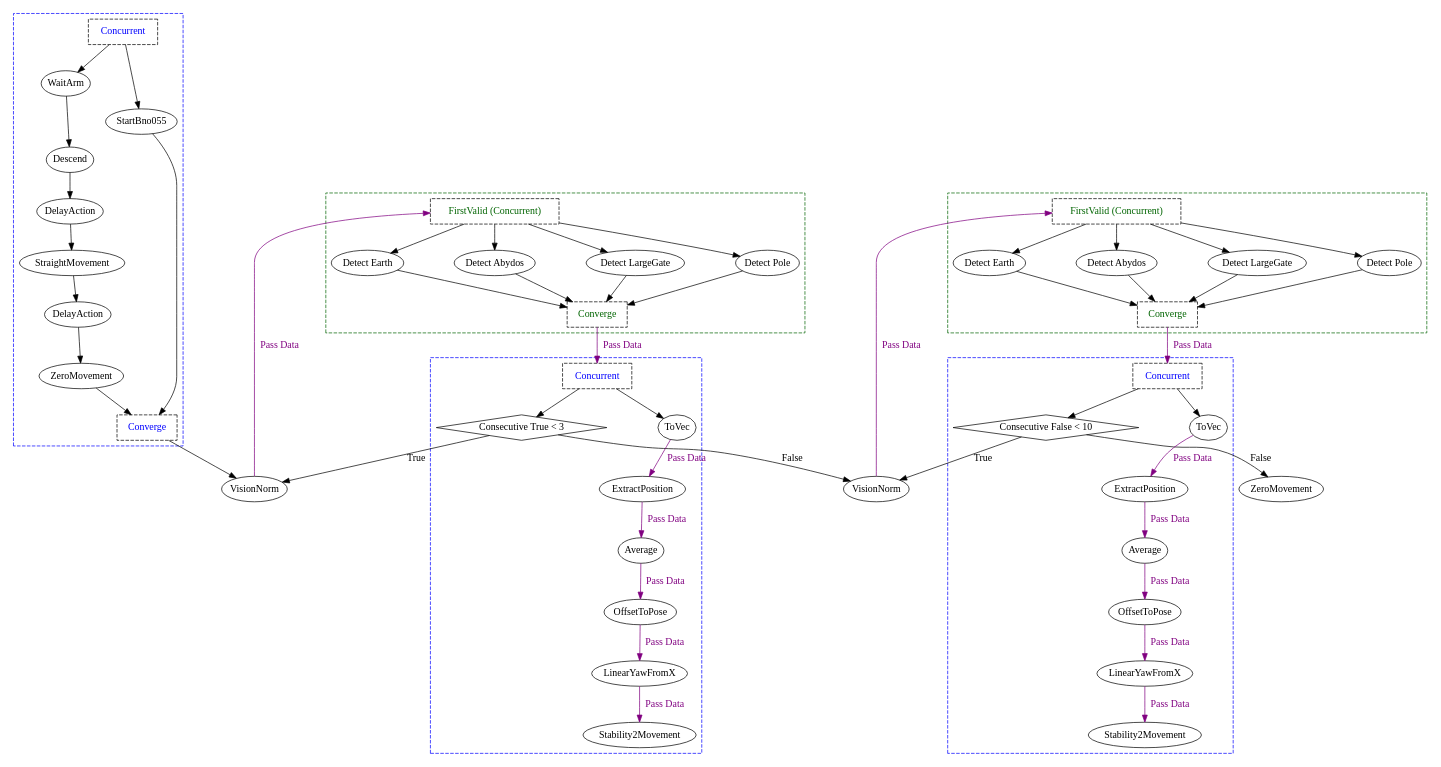
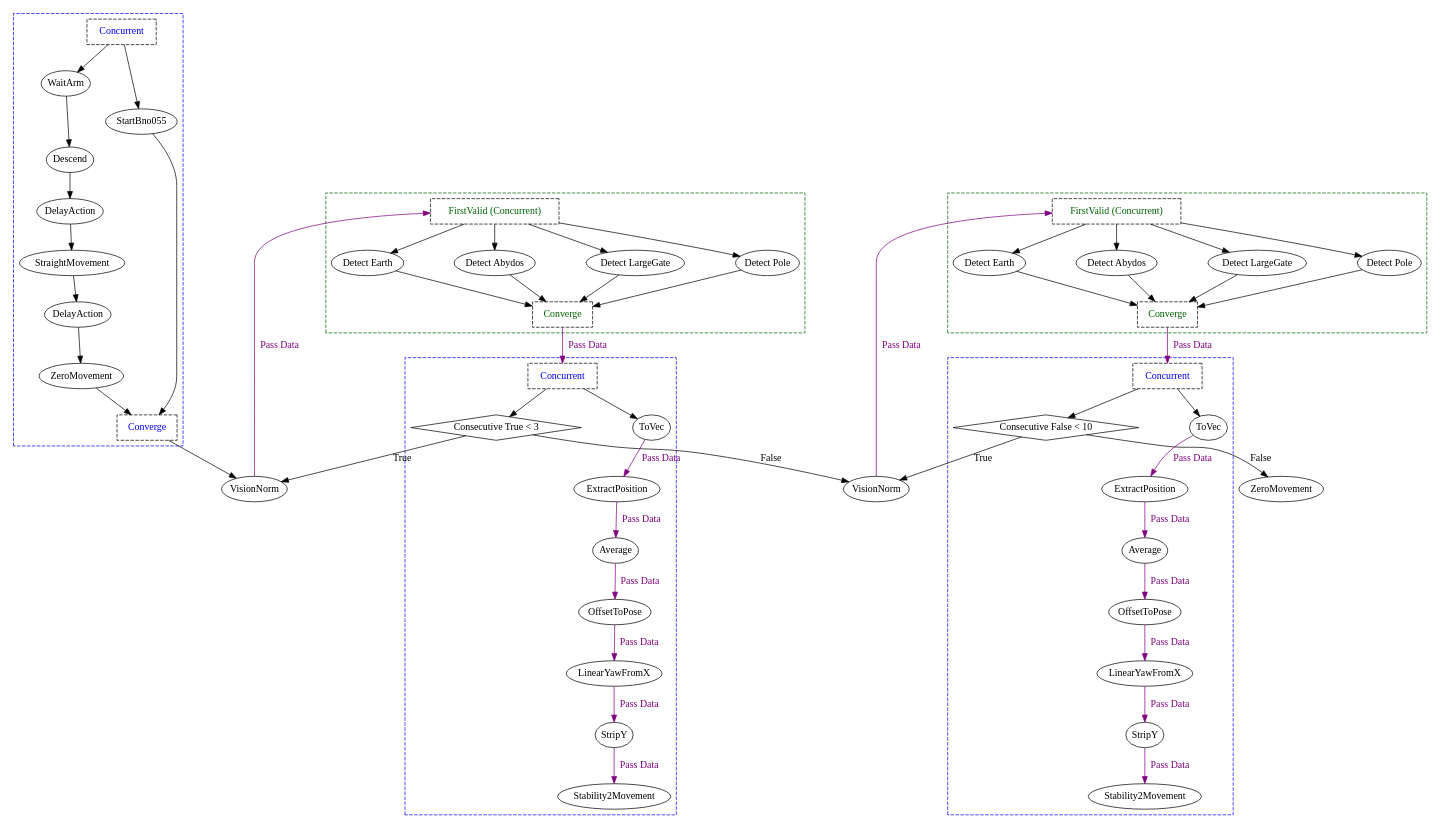
The diagram in graphs/main/gate/gate_run_complex.dot (ncsurobotics/SW8S-Rust), drawn with Graphviz before and after one commit. The commit also changed 19 other files, not shown here.

```diff
--- a/graphs/main/gate/gate_run_complex.dot
+++ b/graphs/main/gate/gate_run_complex.dot
@@ -2,119 +2,123 @@
 	splines = true;
 	nodesep = 1.0;
 	bgcolor = "none"
-	"684ba03c-8ef7-4e8e-83b0-73d8b8c70415" [shape = diamond];
-	"a000d17e-4da2-499e-9d87-2e3a41be34f2" [shape = diamond];
-	subgraph "cluster_2d2c9646-3164-41ad-87b5-8fb34aa550e5" {
+	"ca0ef4ca-ffad-4d22-9459-036e7a4f4ba1" [shape = diamond];
+	"dae20d17-e3ae-4129-8a9d-48c2a1138e10" [shape = diamond];
+	subgraph "cluster_efe1d95e-35ea-457d-b6f7-4a13363fac88" {
 		style = dashed;
 		color = blue;
-		"885538c4-156d-44b3-86a6-7e1f7c290307" -> "7c209b73-f89a-4f18-bb81-4c40d9198436" ;
-		"4d1a0ff7-066e-4fdb-b27a-a91d2a529114" -> "1f127588-6307-4bdc-b268-47b3fe2795dd" ;
-		"1f127588-6307-4bdc-b268-47b3fe2795dd" -> "21b52dde-c861-46fe-9a4d-80e260763a27" ;
-		"7c209b73-f89a-4f18-bb81-4c40d9198436" -> "4d1a0ff7-066e-4fdb-b27a-a91d2a529114" ;
-		"ee95ea08-2c7f-43e3-ae38-3400d5981ffd" -> "885538c4-156d-44b3-86a6-7e1f7c290307" ;
-		"966ebbe9-399b-4097-8cb9-5254842ff484" -> "ee95ea08-2c7f-43e3-ae38-3400d5981ffd";
-		"966ebbe9-399b-4097-8cb9-5254842ff484" -> "849e720d-f2b4-437f-9cea-523b7c945904";
-		"21b52dde-c861-46fe-9a4d-80e260763a27" -> "a84cf858-b4c2-4e89-a6c3-a0461ed3163d";
-		"849e720d-f2b4-437f-9cea-523b7c945904" -> "a84cf858-b4c2-4e89-a6c3-a0461ed3163d";
-		"966ebbe9-399b-4097-8cb9-5254842ff484" [label = "Concurrent", shape = box, fontcolor = blue, style = dashed];
-		"ee95ea08-2c7f-43e3-ae38-3400d5981ffd" [label = "WaitArm", margin = 0];
-		"885538c4-156d-44b3-86a6-7e1f7c290307" [label = "Descend", margin = 0];
-		"7c209b73-f89a-4f18-bb81-4c40d9198436" [label = "DelayAction", margin = 0];
-		"4d1a0ff7-066e-4fdb-b27a-a91d2a529114" [label = "StraightMovement", margin = 0];
-		"1f127588-6307-4bdc-b268-47b3fe2795dd" [label = "DelayAction", margin = 0];
-		"21b52dde-c861-46fe-9a4d-80e260763a27" [label = "ZeroMovement", margin = 0];
-		"849e720d-f2b4-437f-9cea-523b7c945904" [label = "StartBno055", margin = 0];
-		"a84cf858-b4c2-4e89-a6c3-a0461ed3163d" [label = "Converge", shape = box, fontcolor = blue, style = dashed];
+		"aecb0053-e487-46c6-9f93-84eb5db376fc" -> "e05ebf3b-75fd-4710-a1b3-db80e1a89315" ;
+		"4f18f2b3-6355-42da-9f74-de41b311d35b" -> "d35d14de-63e2-436a-81a3-55747ba6297c" ;
+		"d35d14de-63e2-436a-81a3-55747ba6297c" -> "0ec3b5c0-a513-4db5-a1b3-04cdccb6683b" ;
+		"e05ebf3b-75fd-4710-a1b3-db80e1a89315" -> "4f18f2b3-6355-42da-9f74-de41b311d35b" ;
+		"4ed1a7bd-cb7a-40ee-9214-67c996e19ed9" -> "aecb0053-e487-46c6-9f93-84eb5db376fc" ;
+		"2c6dd7c3-19c1-4741-ac1f-ca7a115fc3e3" -> "4ed1a7bd-cb7a-40ee-9214-67c996e19ed9";
+		"2c6dd7c3-19c1-4741-ac1f-ca7a115fc3e3" -> "2b006df1-0a33-4278-98bf-a4f1ea6f1391";
+		"0ec3b5c0-a513-4db5-a1b3-04cdccb6683b" -> "751d27a1-a2d8-40fa-814a-05280461fc1b";
+		"2b006df1-0a33-4278-98bf-a4f1ea6f1391" -> "751d27a1-a2d8-40fa-814a-05280461fc1b";
+		"2c6dd7c3-19c1-4741-ac1f-ca7a115fc3e3" [label = "Concurrent", shape = box, fontcolor = blue, style = dashed];
+		"4ed1a7bd-cb7a-40ee-9214-67c996e19ed9" [label = "WaitArm", margin = 0];
+		"aecb0053-e487-46c6-9f93-84eb5db376fc" [label = "Descend", margin = 0];
+		"e05ebf3b-75fd-4710-a1b3-db80e1a89315" [label = "DelayAction", margin = 0];
+		"4f18f2b3-6355-42da-9f74-de41b311d35b" [label = "StraightMovement", margin = 0];
+		"d35d14de-63e2-436a-81a3-55747ba6297c" [label = "DelayAction", margin = 0];
+		"0ec3b5c0-a513-4db5-a1b3-04cdccb6683b" [label = "ZeroMovement", margin = 0];
+		"2b006df1-0a33-4278-98bf-a4f1ea6f1391" [label = "StartBno055", margin = 0];
+		"751d27a1-a2d8-40fa-814a-05280461fc1b" [label = "Converge", shape = box, fontcolor = blue, style = dashed];
 	}
 	
-	subgraph "cluster_300d3864-5ec9-48cb-b840-1a2606ebe458" {
+	subgraph "cluster_6632b440-ffc0-4a80-b286-9645256214a1" {
 		style = dashed;
 		color = darkgreen;
-		"248cd879-d8c8-4db2-9f9e-a23d29e58e7f" -> "736a7f52-2498-44cf-a91f-bcc5b7d6a262";
-		"248cd879-d8c8-4db2-9f9e-a23d29e58e7f" -> "fe94721e-df86-42d9-ad1c-45895ab8db72";
-		"248cd879-d8c8-4db2-9f9e-a23d29e58e7f" -> "38ebe773-4a87-43be-a471-6cb0e59107ca";
-		"248cd879-d8c8-4db2-9f9e-a23d29e58e7f" -> "107939c1-f3d5-446a-9f15-090cf19b3f6e";
-		"736a7f52-2498-44cf-a91f-bcc5b7d6a262" -> "7657a35e-35bd-432a-9c39-fd5da13594c1";
-		"fe94721e-df86-42d9-ad1c-45895ab8db72" -> "7657a35e-35bd-432a-9c39-fd5da13594c1";
-		"38ebe773-4a87-43be-a471-6cb0e59107ca" -> "7657a35e-35bd-432a-9c39-fd5da13594c1";
-		"107939c1-f3d5-446a-9f15-090cf19b3f6e" -> "7657a35e-35bd-432a-9c39-fd5da13594c1";
-		"248cd879-d8c8-4db2-9f9e-a23d29e58e7f" [label = "FirstValid (Concurrent)", shape = box, fontcolor = darkgreen, style = dashed];
-		"736a7f52-2498-44cf-a91f-bcc5b7d6a262" [label = "Detect Earth", margin = 0];
-		"fe94721e-df86-42d9-ad1c-45895ab8db72" [label = "Detect Abydos", margin = 0];
-		"38ebe773-4a87-43be-a471-6cb0e59107ca" [label = "Detect LargeGate", margin = 0];
-		"107939c1-f3d5-446a-9f15-090cf19b3f6e" [label = "Detect Pole", margin = 0];
-		"7657a35e-35bd-432a-9c39-fd5da13594c1" [label = "Converge", shape = box, fontcolor = darkgreen, style = dashed];
+		"eae8514f-398d-470c-9aae-f2323e6d4dae" -> "56372bf3-4f45-437d-9907-5dca33543b08";
+		"eae8514f-398d-470c-9aae-f2323e6d4dae" -> "ba4e51ae-5fe8-404b-92cb-2c190c20cd22";
+		"eae8514f-398d-470c-9aae-f2323e6d4dae" -> "6b6dd745-a67c-4a9d-aa5e-1fb6c497c676";
+		"eae8514f-398d-470c-9aae-f2323e6d4dae" -> "266c2da7-a024-4b7c-b76c-6bf7119f6ae1";
+		"56372bf3-4f45-437d-9907-5dca33543b08" -> "c20fefd0-d4b5-45ff-8e8e-ad2ab258e374";
+		"ba4e51ae-5fe8-404b-92cb-2c190c20cd22" -> "c20fefd0-d4b5-45ff-8e8e-ad2ab258e374";
+		"6b6dd745-a67c-4a9d-aa5e-1fb6c497c676" -> "c20fefd0-d4b5-45ff-8e8e-ad2ab258e374";
+		"266c2da7-a024-4b7c-b76c-6bf7119f6ae1" -> "c20fefd0-d4b5-45ff-8e8e-ad2ab258e374";
+		"eae8514f-398d-470c-9aae-f2323e6d4dae" [label = "FirstValid (Concurrent)", shape = box, fontcolor = darkgreen, style = dashed];
+		"56372bf3-4f45-437d-9907-5dca33543b08" [label = "Detect Earth", margin = 0];
+		"ba4e51ae-5fe8-404b-92cb-2c190c20cd22" [label = "Detect Abydos", margin = 0];
+		"6b6dd745-a67c-4a9d-aa5e-1fb6c497c676" [label = "Detect LargeGate", margin = 0];
+		"266c2da7-a024-4b7c-b76c-6bf7119f6ae1" [label = "Detect Pole", margin = 0];
+		"c20fefd0-d4b5-45ff-8e8e-ad2ab258e374" [label = "Converge", shape = box, fontcolor = darkgreen, style = dashed];
 	}
 	
-	subgraph "cluster_4ccb560d-66af-45f8-b767-042d1f05bbf9" {
+	subgraph "cluster_f0ee6ff4-c0a6-4bd0-9251-ce01e23a284e" {
 		style = dashed;
 		color = blue;
-		"890c76d0-3fce-4d80-8a24-56d043f45143" -> "53a13e88-6dc4-4aa3-bbf7-1e1bb0febbce" [color = purple, fontcolor = purple, label = "Pass Data"];
-		"fe5e4458-b8d2-4534-a962-41faeb8dc8a6" -> "890c76d0-3fce-4d80-8a24-56d043f45143" [color = purple, fontcolor = purple, label = "Pass Data"];
-		"020ea0e8-8cb5-4a55-a6cc-f80a123af883" -> "fe5e4458-b8d2-4534-a962-41faeb8dc8a6" [color = purple, fontcolor = purple, label = "Pass Data"];
-		"2d76c913-f818-4c5d-9ca6-571605a75944" -> "020ea0e8-8cb5-4a55-a6cc-f80a123af883" [color = purple, fontcolor = purple, label = "Pass Data"];
-		"12b3e544-e6a8-4b1b-8da5-9746344948e4" -> "2d76c913-f818-4c5d-9ca6-571605a75944" [color = purple, fontcolor = purple, label = "Pass Data"];
-		"48b5302c-32a4-45ac-9c1e-9c0f14a4c4f8" -> "12b3e544-e6a8-4b1b-8da5-9746344948e4";
-		"48b5302c-32a4-45ac-9c1e-9c0f14a4c4f8" -> "684ba03c-8ef7-4e8e-83b0-73d8b8c70415";
-		"48b5302c-32a4-45ac-9c1e-9c0f14a4c4f8" [label = "Concurrent", shape = box, fontcolor = blue, style = dashed];
-		"12b3e544-e6a8-4b1b-8da5-9746344948e4" [label = "ToVec", margin = 0];
-		"2d76c913-f818-4c5d-9ca6-571605a75944" [label = "ExtractPosition", margin = 0];
-		"020ea0e8-8cb5-4a55-a6cc-f80a123af883" [label = "Average", margin = 0];
-		"fe5e4458-b8d2-4534-a962-41faeb8dc8a6" [label = "OffsetToPose", margin = 0];
-		"890c76d0-3fce-4d80-8a24-56d043f45143" [label = "LinearYawFromX", margin = 0];
-		"53a13e88-6dc4-4aa3-bbf7-1e1bb0febbce" [label = "Stability2Movement", margin = 0];
-		"684ba03c-8ef7-4e8e-83b0-73d8b8c70415" [label = "Consecutive True < 3", margin = 0];
+		"1758f614-d34e-4a9c-af06-da4176de37e4" -> "dc0f23b3-4c9d-4d38-9d5e-5dee453850d5" [color = purple, fontcolor = purple, label = "Pass Data"];
+		"239d1df5-d8b2-4251-a62f-33090fb1193c" -> "1758f614-d34e-4a9c-af06-da4176de37e4" [color = purple, fontcolor = purple, label = "Pass Data"];
+		"5fc3c3dd-ad70-4189-8f72-92bb86a2d28c" -> "239d1df5-d8b2-4251-a62f-33090fb1193c" [color = purple, fontcolor = purple, label = "Pass Data"];
+		"b8f142c2-3f50-4937-a7ce-56f76b25a259" -> "5fc3c3dd-ad70-4189-8f72-92bb86a2d28c" [color = purple, fontcolor = purple, label = "Pass Data"];
+		"66ce5d37-fb58-4376-834d-f55b3bf3b95e" -> "b8f142c2-3f50-4937-a7ce-56f76b25a259" [color = purple, fontcolor = purple, label = "Pass Data"];
+		"026c44f3-dd79-4a20-83b8-dacb88ea1838" -> "66ce5d37-fb58-4376-834d-f55b3bf3b95e" [color = purple, fontcolor = purple, label = "Pass Data"];
+		"96543253-e4de-4a81-abe5-854602a200f1" -> "026c44f3-dd79-4a20-83b8-dacb88ea1838";
+		"96543253-e4de-4a81-abe5-854602a200f1" -> "ca0ef4ca-ffad-4d22-9459-036e7a4f4ba1";
+		"96543253-e4de-4a81-abe5-854602a200f1" [label = "Concurrent", shape = box, fontcolor = blue, style = dashed];
+		"026c44f3-dd79-4a20-83b8-dacb88ea1838" [label = "ToVec", margin = 0];
+		"66ce5d37-fb58-4376-834d-f55b3bf3b95e" [label = "ExtractPosition", margin = 0];
+		"b8f142c2-3f50-4937-a7ce-56f76b25a259" [label = "Average", margin = 0];
+		"5fc3c3dd-ad70-4189-8f72-92bb86a2d28c" [label = "OffsetToPose", margin = 0];
+		"239d1df5-d8b2-4251-a62f-33090fb1193c" [label = "LinearYawFromX", margin = 0];
+		"1758f614-d34e-4a9c-af06-da4176de37e4" [label = "StripY", margin = 0];
+		"dc0f23b3-4c9d-4d38-9d5e-5dee453850d5" [label = "Stability2Movement", margin = 0];
+		"ca0ef4ca-ffad-4d22-9459-036e7a4f4ba1" [label = "Consecutive True < 3", margin = 0];
 	}
 	
-	subgraph "cluster_525bbfc4-a19b-4235-ae57-dfb56f10062e" {
+	subgraph "cluster_25e29d91-837e-457e-b238-a6ae3e4bde50" {
 		style = dashed;
 		color = darkgreen;
-		"e5432070-c132-4dbc-a757-a406409024ba" -> "df4ba7cb-780b-4a75-9872-9dff6cf71c01";
-		"e5432070-c132-4dbc-a757-a406409024ba" -> "1daced12-d2f0-4131-a9d6-455a4a3a6fb8";
-		"e5432070-c132-4dbc-a757-a406409024ba" -> "3c19519d-fdc4-4fec-a3fd-5e80a274a26c";
-		"e5432070-c132-4dbc-a757-a406409024ba" -> "4c4de44f-5007-4617-982d-891bc6a06136";
-		"df4ba7cb-780b-4a75-9872-9dff6cf71c01" -> "62eb9b53-1d62-4ece-9b23-cdf79b25ff95";
-		"1daced12-d2f0-4131-a9d6-455a4a3a6fb8" -> "62eb9b53-1d62-4ece-9b23-cdf79b25ff95";
-		"3c19519d-fdc4-4fec-a3fd-5e80a274a26c" -> "62eb9b53-1d62-4ece-9b23-cdf79b25ff95";
-		"4c4de44f-5007-4617-982d-891bc6a06136" -> "62eb9b53-1d62-4ece-9b23-cdf79b25ff95";
-		"e5432070-c132-4dbc-a757-a406409024ba" [label = "FirstValid (Concurrent)", shape = box, fontcolor = darkgreen, style = dashed];
-		"df4ba7cb-780b-4a75-9872-9dff6cf71c01" [label = "Detect Earth", margin = 0];
-		"1daced12-d2f0-4131-a9d6-455a4a3a6fb8" [label = "Detect Abydos", margin = 0];
-		"3c19519d-fdc4-4fec-a3fd-5e80a274a26c" [label = "Detect LargeGate", margin = 0];
-		"4c4de44f-5007-4617-982d-891bc6a06136" [label = "Detect Pole", margin = 0];
-		"62eb9b53-1d62-4ece-9b23-cdf79b25ff95" [label = "Converge", shape = box, fontcolor = darkgreen, style = dashed];
+		"90d1098c-2726-4538-b135-a82666bb2d29" -> "9e951e6f-0870-4919-a1f1-b68c9aa9097a";
+		"90d1098c-2726-4538-b135-a82666bb2d29" -> "b35a5133-0aa2-405c-966f-8a53df51e265";
+		"90d1098c-2726-4538-b135-a82666bb2d29" -> "385c95ec-52c2-442a-b513-eb868b6f4695";
+		"90d1098c-2726-4538-b135-a82666bb2d29" -> "91f8d30e-bfb8-49d9-96ec-504797ca59a7";
+		"9e951e6f-0870-4919-a1f1-b68c9aa9097a" -> "98947399-ea86-4ac5-b016-bd9f2bf8bb44";
+		"b35a5133-0aa2-405c-966f-8a53df51e265" -> "98947399-ea86-4ac5-b016-bd9f2bf8bb44";
+		"385c95ec-52c2-442a-b513-eb868b6f4695" -> "98947399-ea86-4ac5-b016-bd9f2bf8bb44";
+		"91f8d30e-bfb8-49d9-96ec-504797ca59a7" -> "98947399-ea86-4ac5-b016-bd9f2bf8bb44";
+		"90d1098c-2726-4538-b135-a82666bb2d29" [label = "FirstValid (Concurrent)", shape = box, fontcolor = darkgreen, style = dashed];
+		"9e951e6f-0870-4919-a1f1-b68c9aa9097a" [label = "Detect Earth", margin = 0];
+		"b35a5133-0aa2-405c-966f-8a53df51e265" [label = "Detect Abydos", margin = 0];
+		"385c95ec-52c2-442a-b513-eb868b6f4695" [label = "Detect LargeGate", margin = 0];
+		"91f8d30e-bfb8-49d9-96ec-504797ca59a7" [label = "Detect Pole", margin = 0];
+		"98947399-ea86-4ac5-b016-bd9f2bf8bb44" [label = "Converge", shape = box, fontcolor = darkgreen, style = dashed];
 	}
 	
-	subgraph "cluster_aac6683f-f993-4927-b108-15d5b6f8b29b" {
+	subgraph "cluster_e8b633c6-b554-4516-baf7-0220dc064eb9" {
 		style = dashed;
 		color = blue;
-		"6e58e145-5d48-440a-9cc8-dc034c12baf3" -> "f65ea95c-cb1c-4e1e-991f-f882e003c71d" [color = purple, fontcolor = purple, label = "Pass Data"];
-		"87a2a647-01d2-4ca3-adde-15ee88198ee8" -> "6e58e145-5d48-440a-9cc8-dc034c12baf3" [color = purple, fontcolor = purple, label = "Pass Data"];
-		"99f1fe37-ba87-4cd4-8aa9-3f3cbd8dbdf3" -> "87a2a647-01d2-4ca3-adde-15ee88198ee8" [color = purple, fontcolor = purple, label = "Pass Data"];
-		"bc10924d-e5f2-47dd-869a-cc37adb948f1" -> "99f1fe37-ba87-4cd4-8aa9-3f3cbd8dbdf3" [color = purple, fontcolor = purple, label = "Pass Data"];
-		"17070345-8d21-4808-8130-cdc67f066e7c" -> "bc10924d-e5f2-47dd-869a-cc37adb948f1" [color = purple, fontcolor = purple, label = "Pass Data"];
-		"d94e8c8f-71ca-470d-8c46-6508abe249bd" -> "17070345-8d21-4808-8130-cdc67f066e7c";
-		"d94e8c8f-71ca-470d-8c46-6508abe249bd" -> "a000d17e-4da2-499e-9d87-2e3a41be34f2";
-		"d94e8c8f-71ca-470d-8c46-6508abe249bd" [label = "Concurrent", shape = box, fontcolor = blue, style = dashed];
-		"17070345-8d21-4808-8130-cdc67f066e7c" [label = "ToVec", margin = 0];
-		"bc10924d-e5f2-47dd-869a-cc37adb948f1" [label = "ExtractPosition", margin = 0];
-		"99f1fe37-ba87-4cd4-8aa9-3f3cbd8dbdf3" [label = "Average", margin = 0];
-		"87a2a647-01d2-4ca3-adde-15ee88198ee8" [label = "OffsetToPose", margin = 0];
-		"6e58e145-5d48-440a-9cc8-dc034c12baf3" [label = "LinearYawFromX", margin = 0];
-		"f65ea95c-cb1c-4e1e-991f-f882e003c71d" [label = "Stability2Movement", margin = 0];
-		"a000d17e-4da2-499e-9d87-2e3a41be34f2" [label = "Consecutive False < 10", margin = 0];
+		"20f04792-1a7d-45ea-b710-70fbd3cd483d" -> "acb24166-47b7-46ff-80c7-ee5af571a4b7" [color = purple, fontcolor = purple, label = "Pass Data"];
+		"77cf2dd9-89cd-435e-a52d-977fffc1c41a" -> "20f04792-1a7d-45ea-b710-70fbd3cd483d" [color = purple, fontcolor = purple, label = "Pass Data"];
+		"76f29517-4a9f-4fba-8d52-ca378c886242" -> "77cf2dd9-89cd-435e-a52d-977fffc1c41a" [color = purple, fontcolor = purple, label = "Pass Data"];
+		"a135af2e-7b0b-491f-8b2b-38b91e379de4" -> "76f29517-4a9f-4fba-8d52-ca378c886242" [color = purple, fontcolor = purple, label = "Pass Data"];
+		"6dd5e3ef-5fbb-4250-a36d-afc28ff5af8b" -> "a135af2e-7b0b-491f-8b2b-38b91e379de4" [color = purple, fontcolor = purple, label = "Pass Data"];
+		"d255a75a-8a69-40a1-96ad-7887888eb9ac" -> "6dd5e3ef-5fbb-4250-a36d-afc28ff5af8b" [color = purple, fontcolor = purple, label = "Pass Data"];
+		"37d31263-961f-4f33-8f62-3d944e3ba38c" -> "d255a75a-8a69-40a1-96ad-7887888eb9ac";
+		"37d31263-961f-4f33-8f62-3d944e3ba38c" -> "dae20d17-e3ae-4129-8a9d-48c2a1138e10";
+		"37d31263-961f-4f33-8f62-3d944e3ba38c" [label = "Concurrent", shape = box, fontcolor = blue, style = dashed];
+		"d255a75a-8a69-40a1-96ad-7887888eb9ac" [label = "ToVec", margin = 0];
+		"6dd5e3ef-5fbb-4250-a36d-afc28ff5af8b" [label = "ExtractPosition", margin = 0];
+		"a135af2e-7b0b-491f-8b2b-38b91e379de4" [label = "Average", margin = 0];
+		"76f29517-4a9f-4fba-8d52-ca378c886242" [label = "OffsetToPose", margin = 0];
+		"77cf2dd9-89cd-435e-a52d-977fffc1c41a" [label = "LinearYawFromX", margin = 0];
+		"20f04792-1a7d-45ea-b710-70fbd3cd483d" [label = "StripY", margin = 0];
+		"acb24166-47b7-46ff-80c7-ee5af571a4b7" [label = "Stability2Movement", margin = 0];
+		"dae20d17-e3ae-4129-8a9d-48c2a1138e10" [label = "Consecutive False < 10", margin = 0];
 	}
 	
-	"7657a35e-35bd-432a-9c39-fd5da13594c1" -> "48b5302c-32a4-45ac-9c1e-9c0f14a4c4f8" [color = purple, fontcolor = purple, label = "Pass Data"];
-	"2afbeca4-8fef-4a22-9f23-aa33a9142478" -> "248cd879-d8c8-4db2-9f9e-a23d29e58e7f" [color = purple, fontcolor = purple, label = "Pass Data"];
-	"684ba03c-8ef7-4e8e-83b0-73d8b8c70415" -> "2afbeca4-8fef-4a22-9f23-aa33a9142478" [label = "True"];
-	"62eb9b53-1d62-4ece-9b23-cdf79b25ff95" -> "d94e8c8f-71ca-470d-8c46-6508abe249bd" [color = purple, fontcolor = purple, label = "Pass Data"];
-	"4a449ca0-5522-4360-8e6d-ad973007ca24" -> "e5432070-c132-4dbc-a757-a406409024ba" [color = purple, fontcolor = purple, label = "Pass Data"];
-	"a000d17e-4da2-499e-9d87-2e3a41be34f2" -> "4a449ca0-5522-4360-8e6d-ad973007ca24" [label = "True"];
-	"a000d17e-4da2-499e-9d87-2e3a41be34f2" -> "a029da29-54f5-46c8-91db-0539034c7592" [label = "False"];
-	"684ba03c-8ef7-4e8e-83b0-73d8b8c70415" -> "4a449ca0-5522-4360-8e6d-ad973007ca24" [label = "False"];
-	"a84cf858-b4c2-4e89-a6c3-a0461ed3163d" -> "2afbeca4-8fef-4a22-9f23-aa33a9142478" ;
-	"2afbeca4-8fef-4a22-9f23-aa33a9142478" [label = "VisionNorm", margin = 0];
-	"4a449ca0-5522-4360-8e6d-ad973007ca24" [label = "VisionNorm", margin = 0];
-	"a029da29-54f5-46c8-91db-0539034c7592" [label = "ZeroMovement", margin = 0];
+	"c20fefd0-d4b5-45ff-8e8e-ad2ab258e374" -> "96543253-e4de-4a81-abe5-854602a200f1" [color = purple, fontcolor = purple, label = "Pass Data"];
+	"08810877-6787-49d5-9904-2fd9cd78d8b7" -> "eae8514f-398d-470c-9aae-f2323e6d4dae" [color = purple, fontcolor = purple, label = "Pass Data"];
+	"ca0ef4ca-ffad-4d22-9459-036e7a4f4ba1" -> "08810877-6787-49d5-9904-2fd9cd78d8b7" [label = "True"];
+	"98947399-ea86-4ac5-b016-bd9f2bf8bb44" -> "37d31263-961f-4f33-8f62-3d944e3ba38c" [color = purple, fontcolor = purple, label = "Pass Data"];
+	"9834947e-8d29-4a84-b9b0-70e517598866" -> "90d1098c-2726-4538-b135-a82666bb2d29" [color = purple, fontcolor = purple, label = "Pass Data"];
+	"dae20d17-e3ae-4129-8a9d-48c2a1138e10" -> "9834947e-8d29-4a84-b9b0-70e517598866" [label = "True"];
+	"dae20d17-e3ae-4129-8a9d-48c2a1138e10" -> "c2b7ddac-b4af-4d8c-85e8-cf68206d3f90" [label = "False"];
+	"ca0ef4ca-ffad-4d22-9459-036e7a4f4ba1" -> "9834947e-8d29-4a84-b9b0-70e517598866" [label = "False"];
+	"751d27a1-a2d8-40fa-814a-05280461fc1b" -> "08810877-6787-49d5-9904-2fd9cd78d8b7" ;
+	"08810877-6787-49d5-9904-2fd9cd78d8b7" [label = "VisionNorm", margin = 0];
+	"9834947e-8d29-4a84-b9b0-70e517598866" [label = "VisionNorm", margin = 0];
+	"c2b7ddac-b4af-4d8c-85e8-cf68206d3f90" [label = "ZeroMovement", margin = 0];
 }
```
